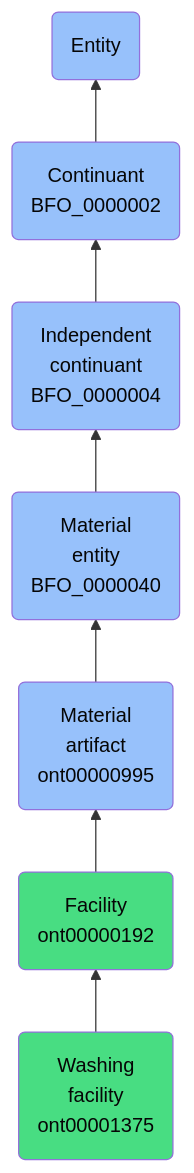
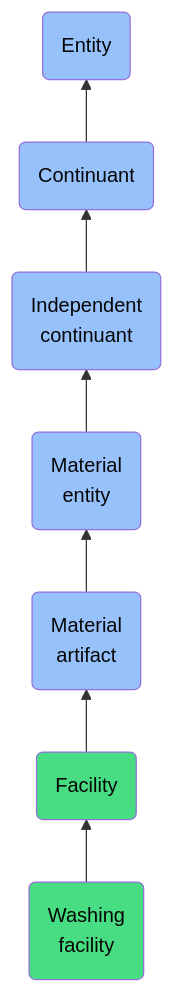
One commit to jupyter-naas/abi changed the diagram in docs/ontology/reference/model/Entity/Continuant/Independent continuant/Material entity/Material artifact/Facility/Washing facility/Washing facility.md. Above: the diagram before and after it, drawn with Mermaid. The commit also changed other lines of this file and 1430 other files, not shown here.

````diff
--- a/docs/ontology/reference/model/Entity/Continuant/Independent continuant/Material entity/Material artifact/Facility/Washing facility/Washing facility.md
+++ b/docs/ontology/reference/model/Entity/Continuant/Independent continuant/Material entity/Material artifact/Facility/Washing facility/Washing facility.md
@@ -24,14 +24,14 @@
 ```mermaid
 graph BT
-    ont00001375(Washing<br>facility<br>ont00001375):::ABI-->ont00000192
-    ont00000192(Facility<br>ont00000192):::ABI-->ont00000995
-    ont00000995(Material<br>artifact<br>ont00000995):::BFO-->BFO_0000040
-    BFO_0000040(Material<br>entity<br>BFO_0000040):::BFO-->BFO_0000004
-    BFO_0000004(Independent<br>continuant<br>BFO_0000004):::BFO-->BFO_0000002
-    BFO_0000002(Continuant<br>BFO_0000002):::BFO-->BFO_0000001
+    ont00001375(Washing<br>facility):::ABI-->ont00000192
+    ont00000192(Facility):::ABI-->ont00000995
+    ont00000995(Material<br>artifact):::BFO-->BFO_0000040
+    BFO_0000040(Material<br>entity):::BFO-->BFO_0000004
+    BFO_0000004(Independent<br>continuant):::BFO-->BFO_0000002
+    BFO_0000002(Continuant):::BFO-->BFO_0000001
     BFO_0000001(Entity):::BFO
     
     classDef BFO fill:#97c1fb,color:#060606
     classDef CCO fill:#e4c51e,color:#060606
     classDef ABI fill:#48DD82,color:#060606
 ```
````
